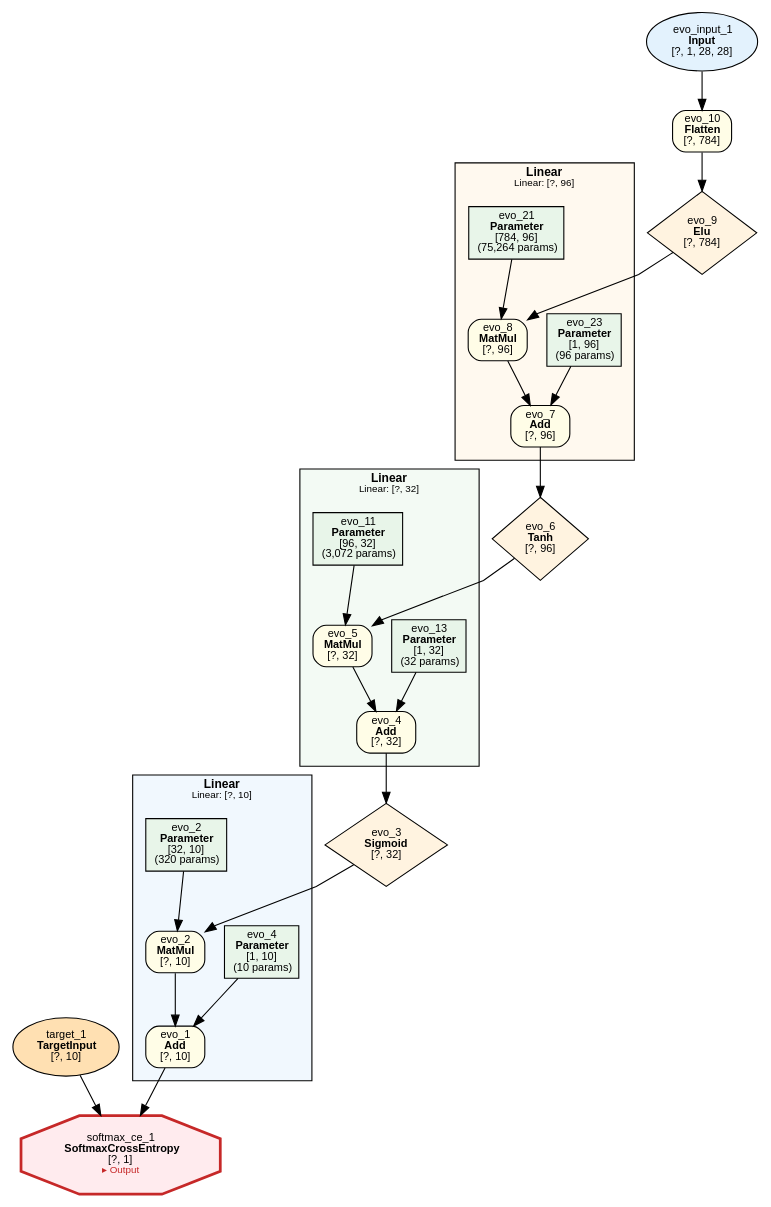
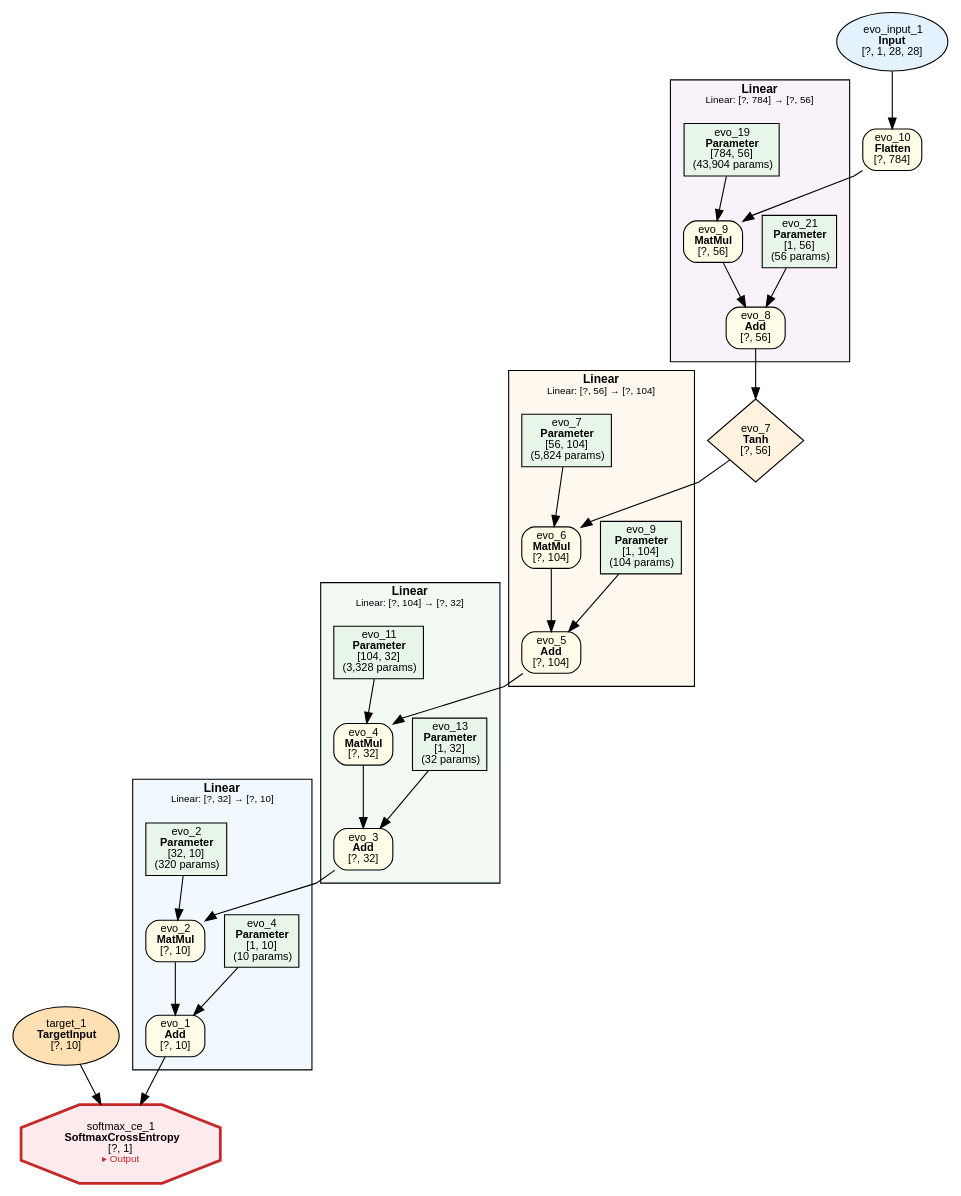
The diagram in examples/evolution/mnist/evolution_mnist.dot (dbsxdbsx/only_torch), drawn with Graphviz before and after one commit. The commit also changed 11 other files, not shown here.

```diff
--- a/examples/evolution/mnist/evolution_mnist.dot
+++ b/examples/evolution/mnist/evolution_mnist.dot
@@ -1,73 +1,86 @@
 digraph ComputeGraph {
     rankdir=TB;
     newrank=true;
     splines=polyline;
     node [fontname="Microsoft YaHei,SimHei,Arial"];
     edge [fontname="Microsoft YaHei,SimHei,Arial"];
 
     subgraph cluster_group_linear_1 {
-        label=<<B>Linear</B><BR/><FONT POINT-SIZE="9">Linear: [?, 10]</FONT>>;
+        label=<<B>Linear</B><BR/><FONT POINT-SIZE="9">Linear: [?, 32] → [?, 10]</FONT>>;
         style=filled;
         fillcolor="#E3F2FD80";
         fontname="Microsoft YaHei,SimHei,Arial";
         fontsize=11;
         margin=12;
             "2" [label=<evo_1<BR/><B>Add</B><BR/>[?, 10]> shape=box style="filled,rounded" fillcolor="#FFFDE7" fontsize=10];
             "4" [label=<evo_2<BR/><B>MatMul</B><BR/>[?, 10]> shape=box style="filled,rounded" fillcolor="#FFFDE7" fontsize=10];
             "5" [label=<evo_4<BR/><B>Parameter</B><BR/>[1, 10]<BR/>(10 params)> shape=box style=filled fillcolor="#E8F5E9" fontsize=10];
             "7" [label=<evo_2<BR/><B>Parameter</B><BR/>[32, 10]<BR/>(320 params)> shape=box style=filled fillcolor="#E8F5E9" fontsize=10];
     }
 
     subgraph cluster_group_linear_3 {
-        label=<<B>Linear</B><BR/><FONT POINT-SIZE="9">Linear: [?, 32]</FONT>>;
+        label=<<B>Linear</B><BR/><FONT POINT-SIZE="9">Linear: [?, 104] → [?, 32]</FONT>>;
         style=filled;
         fillcolor="#E8F5E980";
         fontname="Microsoft YaHei,SimHei,Arial";
         fontsize=11;
         margin=12;
-            "8" [label=<evo_4<BR/><B>Add</B><BR/>[?, 32]> shape=box style="filled,rounded" fillcolor="#FFFDE7" fontsize=10];
-            "9" [label=<evo_5<BR/><B>MatMul</B><BR/>[?, 32]> shape=box style="filled,rounded" fillcolor="#FFFDE7" fontsize=10];
-            "10" [label=<evo_13<BR/><B>Parameter</B><BR/>[1, 32]<BR/>(32 params)> shape=box style=filled fillcolor="#E8F5E9" fontsize=10];
-            "12" [label=<evo_11<BR/><B>Parameter</B><BR/>[96, 32]<BR/>(3,072 params)> shape=box style=filled fillcolor="#E8F5E9" fontsize=10];
+            "6" [label=<evo_3<BR/><B>Add</B><BR/>[?, 32]> shape=box style="filled,rounded" fillcolor="#FFFDE7" fontsize=10];
+            "8" [label=<evo_4<BR/><B>MatMul</B><BR/>[?, 32]> shape=box style="filled,rounded" fillcolor="#FFFDE7" fontsize=10];
+            "9" [label=<evo_13<BR/><B>Parameter</B><BR/>[1, 32]<BR/>(32 params)> shape=box style=filled fillcolor="#E8F5E9" fontsize=10];
+            "11" [label=<evo_11<BR/><B>Parameter</B><BR/>[104, 32]<BR/>(3,328 params)> shape=box style=filled fillcolor="#E8F5E9" fontsize=10];
     }
 
-    subgraph cluster_group_linear_4 {
-        label=<<B>Linear</B><BR/><FONT POINT-SIZE="9">Linear: [?, 96]</FONT>>;
+    subgraph cluster_group_linear_2 {
+        label=<<B>Linear</B><BR/><FONT POINT-SIZE="9">Linear: [?, 56] → [?, 104]</FONT>>;
         style=filled;
         fillcolor="#FFF3E080";
         fontname="Microsoft YaHei,SimHei,Arial";
         fontsize=11;
         margin=12;
-            "13" [label=<evo_7<BR/><B>Add</B><BR/>[?, 96]> shape=box style="filled,rounded" fillcolor="#FFFDE7" fontsize=10];
-            "14" [label=<evo_8<BR/><B>MatMul</B><BR/>[?, 96]> shape=box style="filled,rounded" fillcolor="#FFFDE7" fontsize=10];
-            "15" [label=<evo_23<BR/><B>Parameter</B><BR/>[1, 96]<BR/>(96 params)> shape=box style=filled fillcolor="#E8F5E9" fontsize=10];
-            "17" [label=<evo_21<BR/><B>Parameter</B><BR/>[784, 96]<BR/>(75,264 params)> shape=box style=filled fillcolor="#E8F5E9" fontsize=10];
+            "10" [label=<evo_5<BR/><B>Add</B><BR/>[?, 104]> shape=box style="filled,rounded" fillcolor="#FFFDE7" fontsize=10];
+            "12" [label=<evo_6<BR/><B>MatMul</B><BR/>[?, 104]> shape=box style="filled,rounded" fillcolor="#FFFDE7" fontsize=10];
+            "13" [label=<evo_9<BR/><B>Parameter</B><BR/>[1, 104]<BR/>(104 params)> shape=box style=filled fillcolor="#E8F5E9" fontsize=10];
+            "15" [label=<evo_7<BR/><B>Parameter</B><BR/>[56, 104]<BR/>(5,824 params)> shape=box style=filled fillcolor="#E8F5E9" fontsize=10];
+    }
+
+    subgraph cluster_group_linear_4 {
+        label=<<B>Linear</B><BR/><FONT POINT-SIZE="9">Linear: [?, 784] → [?, 56]</FONT>>;
+        style=filled;
+        fillcolor="#F3E5F580";
+        fontname="Microsoft YaHei,SimHei,Arial";
+        fontsize=11;
+        margin=12;
+            "16" [label=<evo_8<BR/><B>Add</B><BR/>[?, 56]> shape=box style="filled,rounded" fillcolor="#FFFDE7" fontsize=10];
+            "17" [label=<evo_9<BR/><B>MatMul</B><BR/>[?, 56]> shape=box style="filled,rounded" fillcolor="#FFFDE7" fontsize=10];
+            "18" [label=<evo_21<BR/><B>Parameter</B><BR/>[1, 56]<BR/>(56 params)> shape=box style=filled fillcolor="#E8F5E9" fontsize=10];
+            "20" [label=<evo_19<BR/><B>Parameter</B><BR/>[784, 56]<BR/>(43,904 params)> shape=box style=filled fillcolor="#E8F5E9" fontsize=10];
     }
 
     "1" [label=<softmax_ce_1<BR/><B>SoftmaxCrossEntropy</B><BR/>[?, 1]<BR/><FONT COLOR="#C62828" POINT-SIZE="9">▸ Output</FONT>> shape=octagon style=filled fillcolor="#FFEBEE" fontsize=10 penwidth=2.5 color="#C62828"];
     "3" [label=<target_1<BR/><B>TargetInput</B><BR/>[?, 10]> shape=ellipse style=filled fillcolor="#FFE0B2" fontsize=10];
-    "6" [label=<evo_3<BR/><B>Sigmoid</B><BR/>[?, 32]> shape=diamond style=filled fillcolor="#FFF3E0" fontsize=10];
-    "11" [label=<evo_6<BR/><B>Tanh</B><BR/>[?, 96]> shape=diamond style=filled fillcolor="#FFF3E0" fontsize=10];
-    "16" [label=<evo_9<BR/><B>Elu</B><BR/>[?, 784]> shape=diamond style=filled fillcolor="#FFF3E0" fontsize=10];
-    "18" [label=<evo_10<BR/><B>Flatten</B><BR/>[?, 784]> shape=box style="filled,rounded" fillcolor="#FFFDE7" fontsize=10];
-    "19" [label=<evo_input_1<BR/><B>Input</B><BR/>[?, 1, 28, 28]> shape=ellipse style=filled fillcolor="#E3F2FD" fontsize=10];
+    "14" [label=<evo_7<BR/><B>Tanh</B><BR/>[?, 56]> shape=diamond style=filled fillcolor="#FFF3E0" fontsize=10];
+    "19" [label=<evo_10<BR/><B>Flatten</B><BR/>[?, 784]> shape=box style="filled,rounded" fillcolor="#FFFDE7" fontsize=10];
+    "21" [label=<evo_input_1<BR/><B>Input</B><BR/>[?, 1, 28, 28]> shape=ellipse style=filled fillcolor="#E3F2FD" fontsize=10];
 
     "2" -> "1";
     "3" -> "1";
     "4" -> "2";
     "5" -> "2";
     "6" -> "4";
     "7" -> "4";
     "8" -> "6";
-    "9" -> "8";
+    "9" -> "6";
     "10" -> "8";
-    "11" -> "9";
-    "12" -> "9";
-    "13" -> "11";
-    "14" -> "13";
-    "15" -> "13";
+    "11" -> "8";
+    "12" -> "10";
+    "13" -> "10";
+    "14" -> "12";
+    "15" -> "12";
     "16" -> "14";
-    "17" -> "14";
+    "17" -> "16";
     "18" -> "16";
-    "19" -> "18";
+    "19" -> "17";
+    "20" -> "17";
+    "21" -> "19";
 }
```
